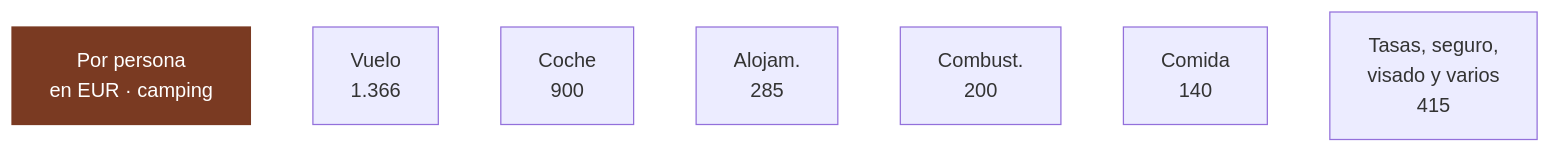
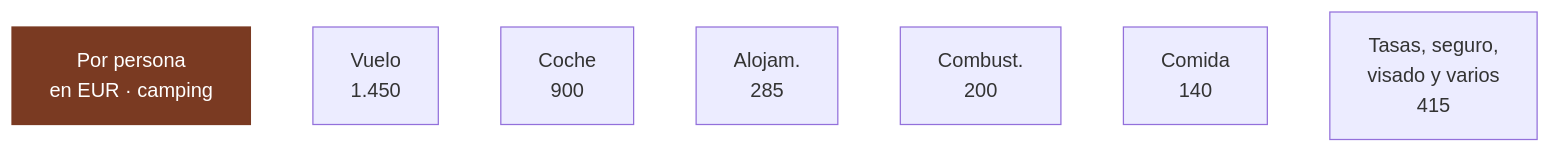
One commit to morandeirachema/namibia changed the seventh of 8 diagrams in 02-presupuesto.md. Above: the diagram before and after it, drawn with Mermaid. The commit also changed other lines of this file and 26 other files, not shown here.

````diff
--- a/02-presupuesto.md
+++ b/02-presupuesto.md
@@ -577,17 +494,17 @@
 ```mermaid
 flowchart LR
     T["Por persona<br/>en EUR · camping"]
-    n0["Vuelo<br/>1.366"]
+    n0["Vuelo<br/>1.450"]
     n1["Coche<br/>900"]
     n2["Alojam.<br/>285"]
     n3["Combust.<br/>200"]
     n4["Comida<br/>140"]
     n5["Tasas, seguro,<br/>visado y varios<br/>415"]
     T ~~~ n0
     n0 ~~~ n1
     n1 ~~~ n2
     n2 ~~~ n3
     n3 ~~~ n4
     n4 ~~~ n5
     style T fill:#7a3a22,color:#fff,stroke:#7a3a22
 ```
````
